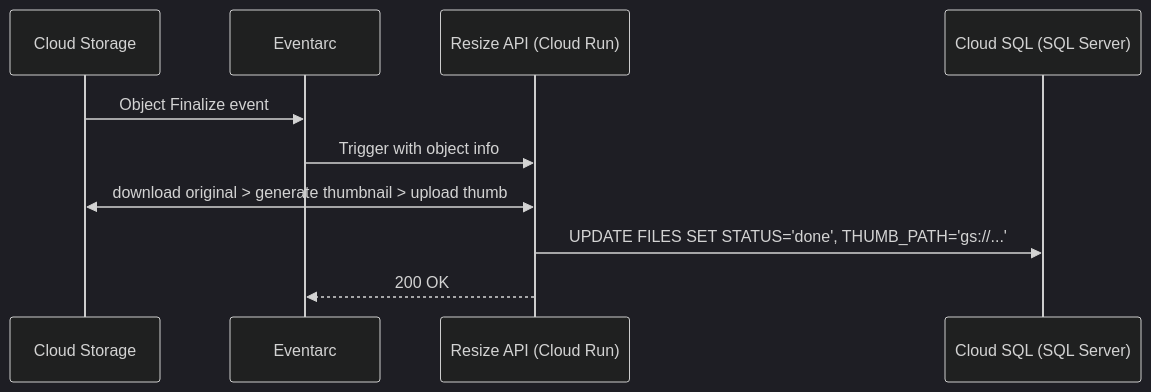
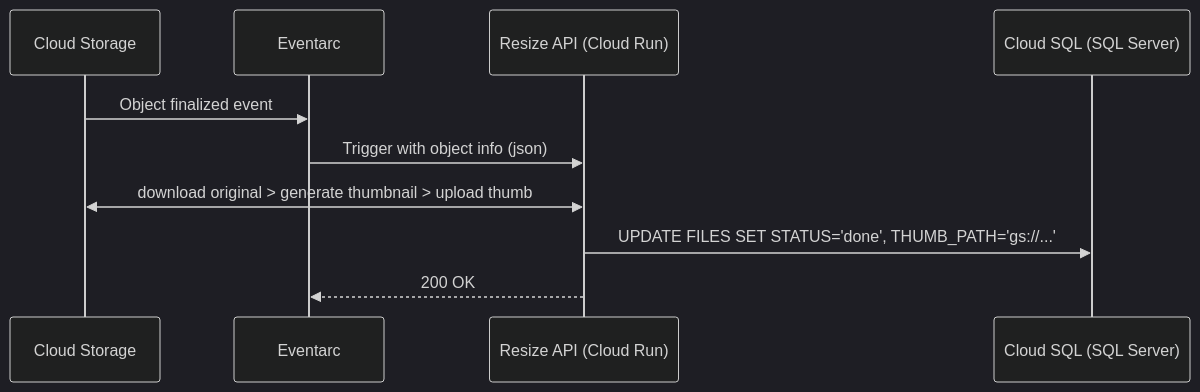
One commit to jo3wait/gcp-resize-work changed the diagram in resize.md. Above: the diagram before and after it, drawn with Mermaid (dark theme).

Commit message:
流程md調整

````diff
--- a/resize.md
+++ b/resize.md
@@ -1,12 +1,12 @@
 ```mermaid
 sequenceDiagram
     participant GCS as Cloud Storage
     participant EVT as Eventarc
     participant RZ  as Resize API (Cloud Run)
     participant DB  as Cloud SQL (SQL Server)
-    GCS->>EVT: Object Finalize event
-    EVT->>RZ: Trigger with object info
+    GCS->>EVT: Object finalized event
+    EVT->>RZ: Trigger with object info (json)
     RZ<<->>GCS: download original > generate thumbnail > upload thumb
     RZ->>DB: UPDATE FILES SET STATUS='done', THUMB_PATH='gs://...'
     RZ-->>EVT: 200 OK
 ```
````
